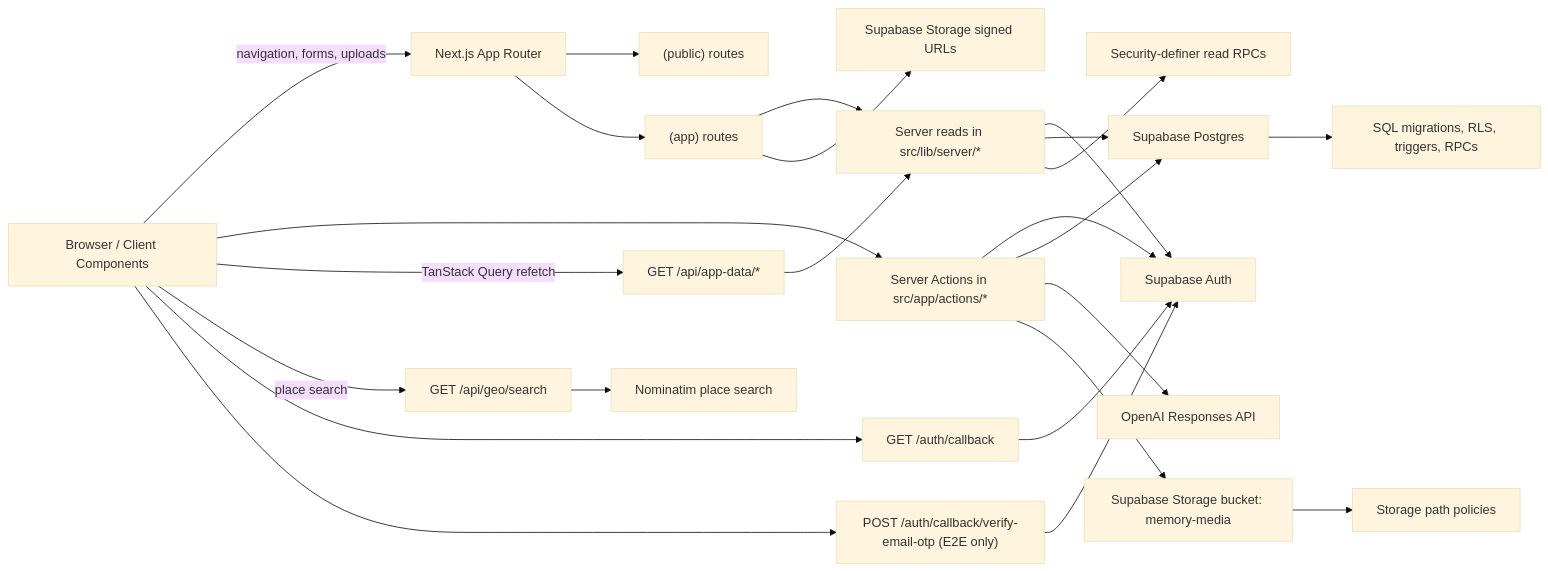
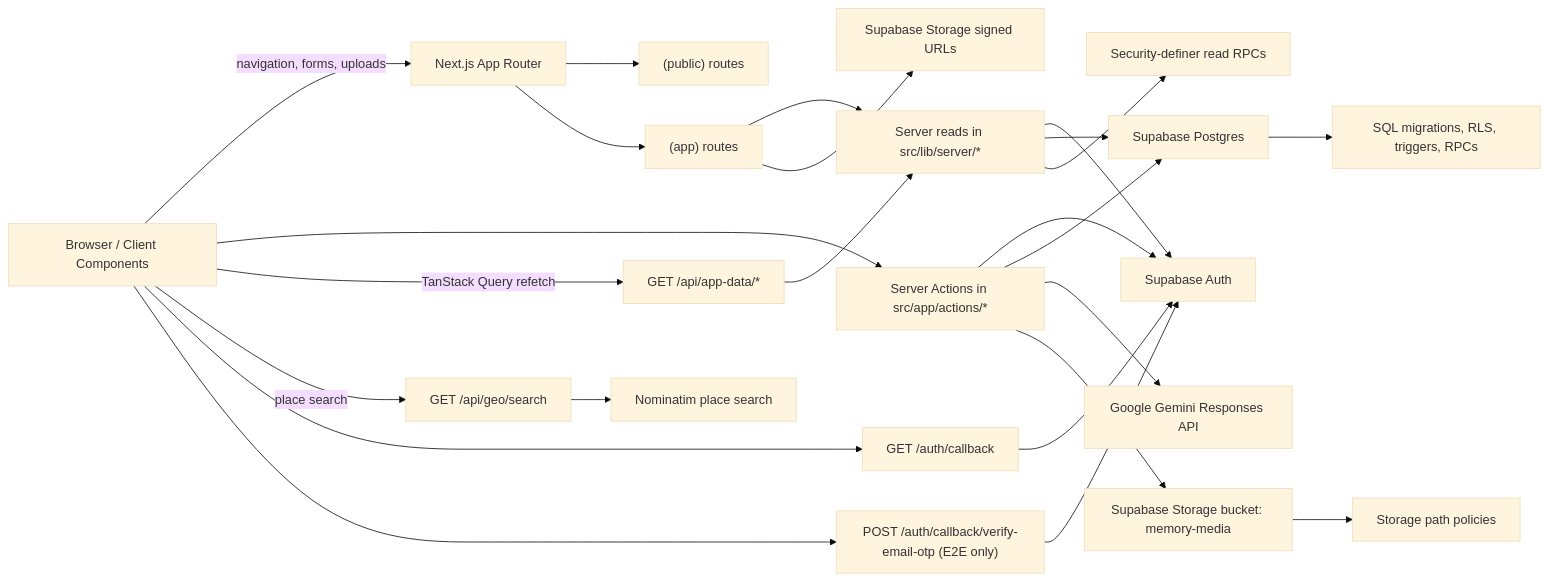
Before and after one commit to ltphuoc/phuocanh: the diagram in docs/system-architecture.md, drawn with Mermaid (base theme). The commit also changed other lines of this file and 22 other files, not shown here.

````diff
--- a/docs/system-architecture.md
+++ b/docs/system-architecture.md
@@ -7,28 +7,28 @@
 ```mermaid
 flowchart LR
   Browser["Browser / Client Components"] -->|navigation, forms, uploads| Next["Next.js App Router"]
   Next --> Public["(public) routes"]
   Next --> App["(app) routes"]
   App --> Reads["Server reads in src/lib/server/*"]
   Browser --> Actions["Server Actions in src/app/actions/*"]
   Browser -->|TanStack Query refetch| AppDataApi["GET /api/app-data/*"]
   Browser -->|place search| GeoApi["GET /api/geo/search"]
   Browser --> Callback["GET /auth/callback"]
   Browser --> OtpHelper["POST /auth/callback/verify-email-otp (E2E only)"]
 
   AppDataApi --> Reads
   GeoApi --> Nominatim["Nominatim place search"]
   Reads --> Auth["Supabase Auth"]
   Reads --> PG["Supabase Postgres"]
   Reads --> ReadRpcs["Security-definer read RPCs"]
   App --> StorageRead["Supabase Storage signed URLs"]
   Actions --> Auth
   Actions --> PG
-  Actions --> OpenAI["OpenAI Responses API"]
+  Actions --> Gemini["Google Gemini Responses API"]
   Actions --> Storage["Supabase Storage bucket: memory-media"]
   Callback --> Auth
   OtpHelper --> Auth
 
   PG --> SQL["SQL migrations, RLS, triggers, RPCs"]
   Storage --> Policies["Storage path policies"]
 ```
````
